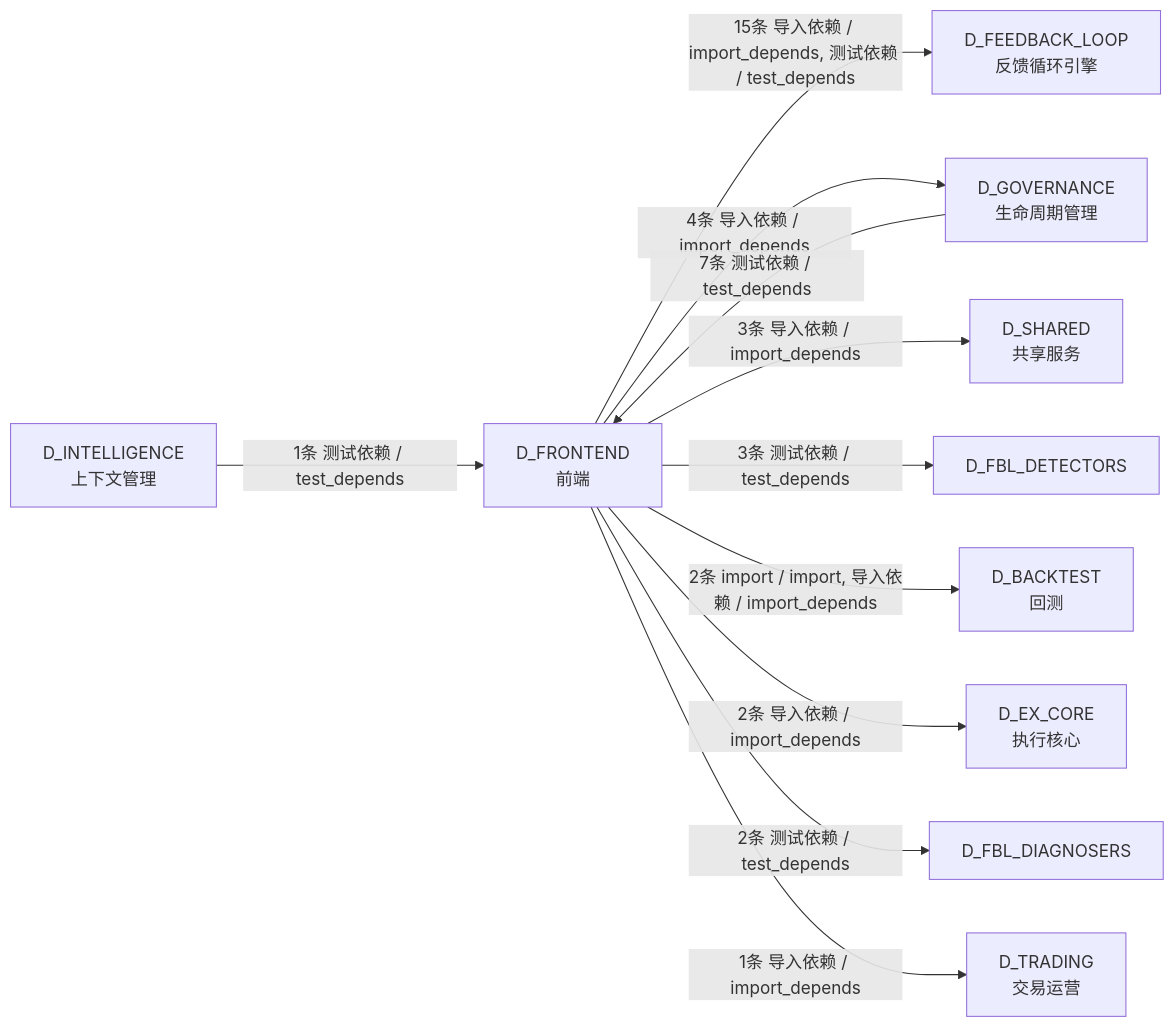
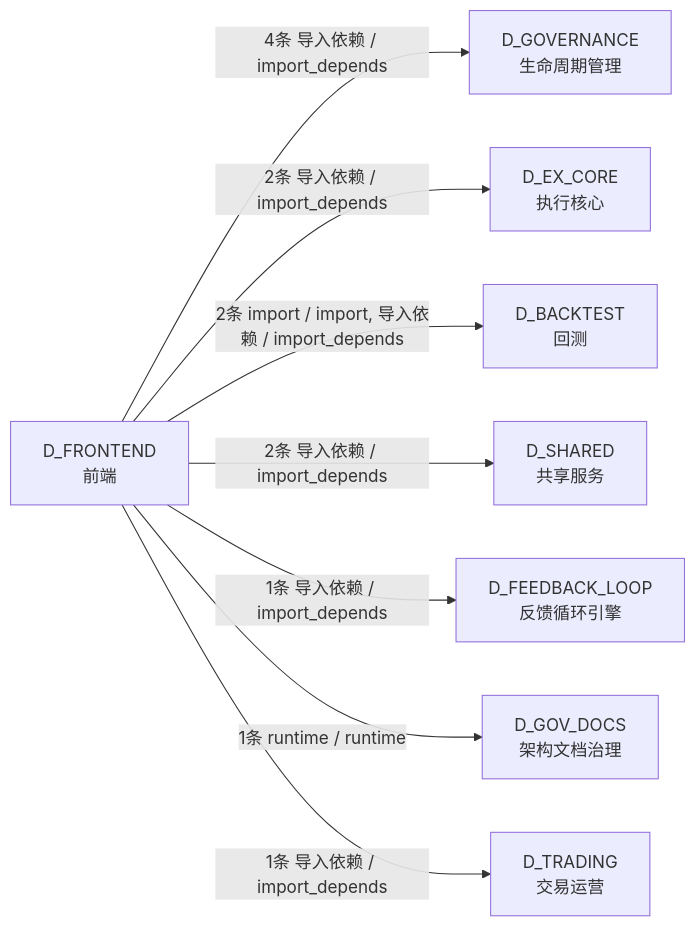
One commit to xuanFelixVan/ZephyrAlpha changed the fifth of 5 diagrams in docs/02_enterprise_architecture/02_domain_architecture_docs/15_d_frontend.md. Above: the diagram before and after it, drawn with Mermaid. The commit also changed other lines of this file and 126 other files, not shown here.

````diff
--- a/docs/02_enterprise_architecture/02_domain_architecture_docs/15_d_frontend.md
+++ b/docs/02_enterprise_architecture/02_domain_architecture_docs/15_d_frontend.md
@@ -504,23 +290,18 @@
 ```mermaid
 graph LR
     D_FRONTEND["D_FRONTEND<br/>前端"]
+    D_GOVERNANCE["D_GOVERNANCE<br/>生命周期管理"]
+    D_EX_CORE["D_EX_CORE<br/>执行核心"]
+    D_BACKTEST["D_BACKTEST<br/>回测"]
+    D_SHARED["D_SHARED<br/>共享服务"]
     D_FEEDBACK_LOOP["D_FEEDBACK_LOOP<br/>反馈循环引擎"]
-    D_GOVERNANCE["D_GOVERNANCE<br/>生命周期管理"]
-    D_SHARED["D_SHARED<br/>共享服务"]
-    D_FBL_DETECTORS["D_FBL_DETECTORS"]
-    D_BACKTEST["D_BACKTEST<br/>回测"]
-    D_EX_CORE["D_EX_CORE<br/>执行核心"]
-    D_FBL_DIAGNOSERS["D_FBL_DIAGNOSERS"]
+    D_GOV_DOCS["D_GOV_DOCS<br/>架构文档治理"]
     D_TRADING["D_TRADING<br/>交易运营"]
-    D_INTELLIGENCE["D_INTELLIGENCE<br/>上下文管理"]
-    D_FRONTEND -->|15条 导入依赖 / import_depends, 测试依赖 / test_depends| D_FEEDBACK_LOOP
     D_FRONTEND -->|4条 导入依赖 / import_depends| D_GOVERNANCE
-    D_FRONTEND -->|3条 导入依赖 / import_depends| D_SHARED
-    D_FRONTEND -->|3条 测试依赖 / test_depends| D_FBL_DETECTORS
+    D_FRONTEND -->|2条 导入依赖 / import_depends| D_EX_CORE
     D_FRONTEND -->|2条 import / import, 导入依赖 / import_depends| D_BACKTEST
-    D_FRONTEND -->|2条 导入依赖 / import_depends| D_EX_CORE
-    D_FRONTEND -->|2条 测试依赖 / test_depends| D_FBL_DIAGNOSERS
+    D_FRONTEND -->|2条 导入依赖 / import_depends| D_SHARED
+    D_FRONTEND -->|1条 导入依赖 / import_depends| D_FEEDBACK_LOOP
+    D_FRONTEND -->|1条 runtime / runtime| D_GOV_DOCS
     D_FRONTEND -->|1条 导入依赖 / import_depends| D_TRADING
-    D_GOVERNANCE -->|7条 测试依赖 / test_depends| D_FRONTEND
-    D_INTELLIGENCE -->|1条 测试依赖 / test_depends| D_FRONTEND
 ```
````
